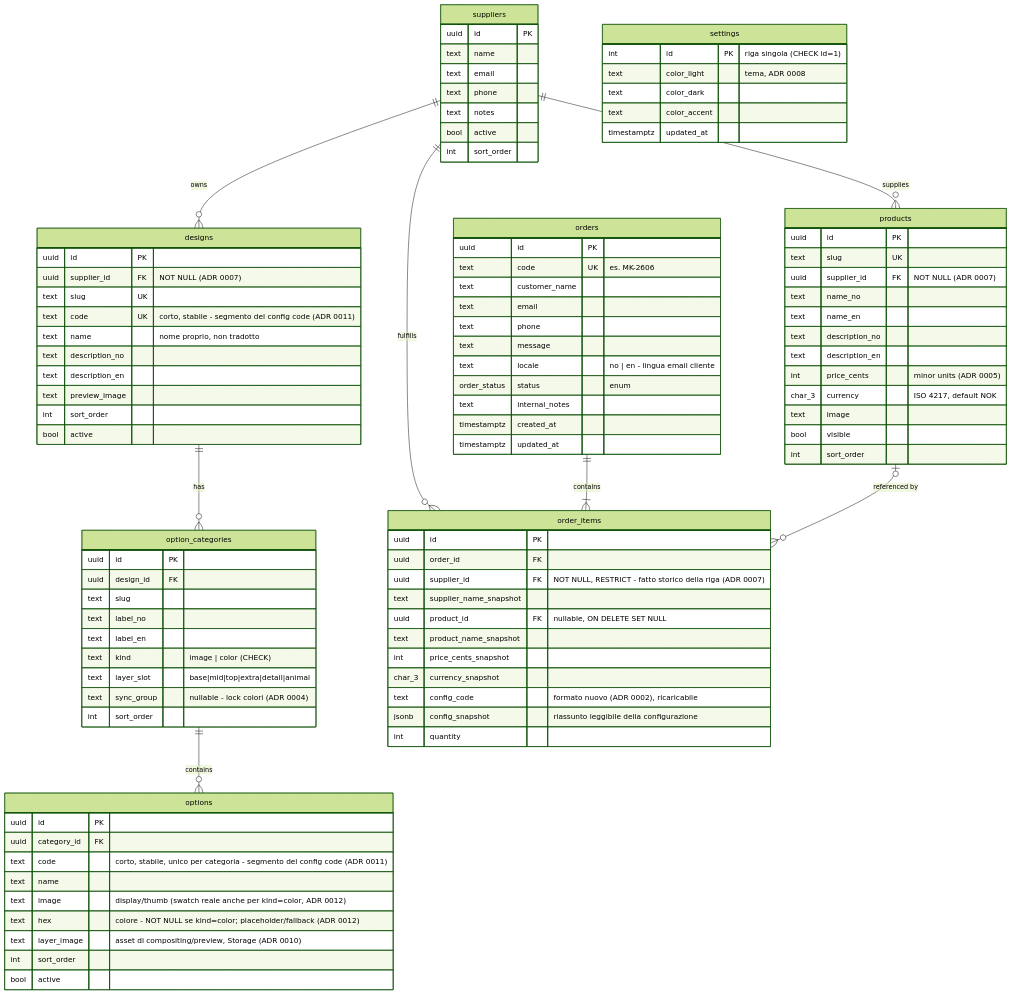
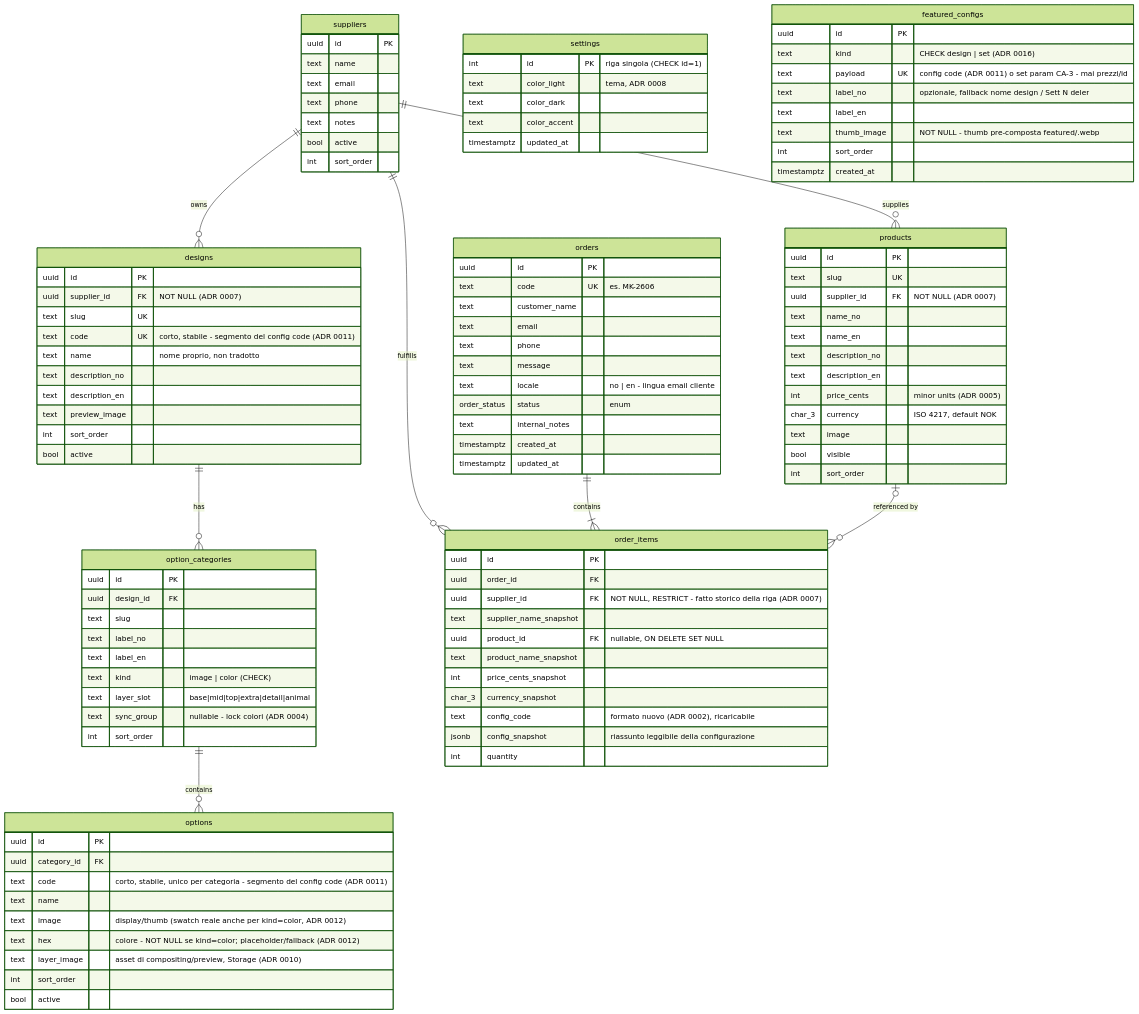
One commit to minkeramikk/minkeramikk changed the diagram in docs/adr/schema-er.md. Above: the diagram before and after it, drawn with Mermaid (forest theme). The commit also changed other lines of this file and 22 other files, not shown here.

First line of the commit message:
F28: Popular designs — admin-curated featured strip (design + set) (#10)

```diff
--- a/docs/adr/schema-er.md
+++ b/docs/adr/schema-er.md
@@ -71,6 +71,17 @@
         timestamptz updated_at
     }
 
+    featured_configs {
+        uuid id PK
+        text kind "CHECK design | set (ADR 0016)"
+        text payload UK "config code (ADR 0011) o set param CA-3 - mai prezzi/id"
+        text label_no "opzionale, fallback nome design / Sett N deler"
+        text label_en
+        text thumb_image "NOT NULL - thumb pre-composta featured/<id>.webp"
+        int sort_order
+        timestamptz created_at
+    }
+
     products {
         uuid id PK
         text slug UK
```
